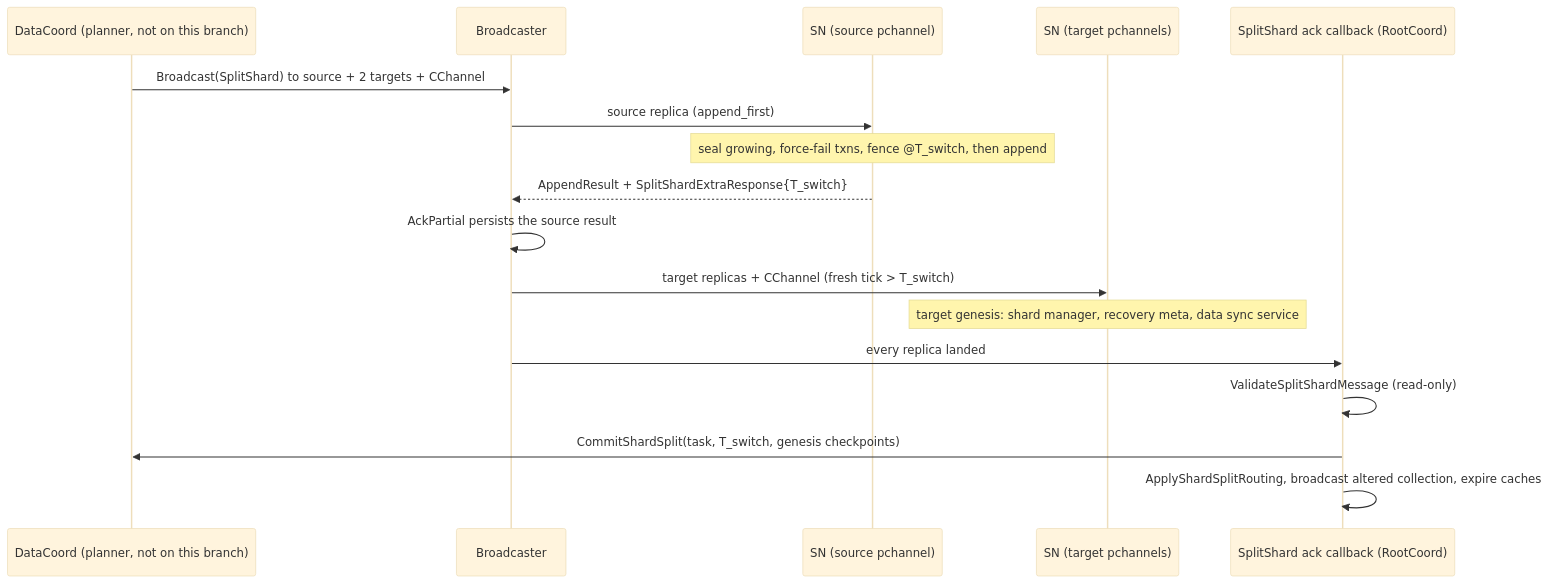
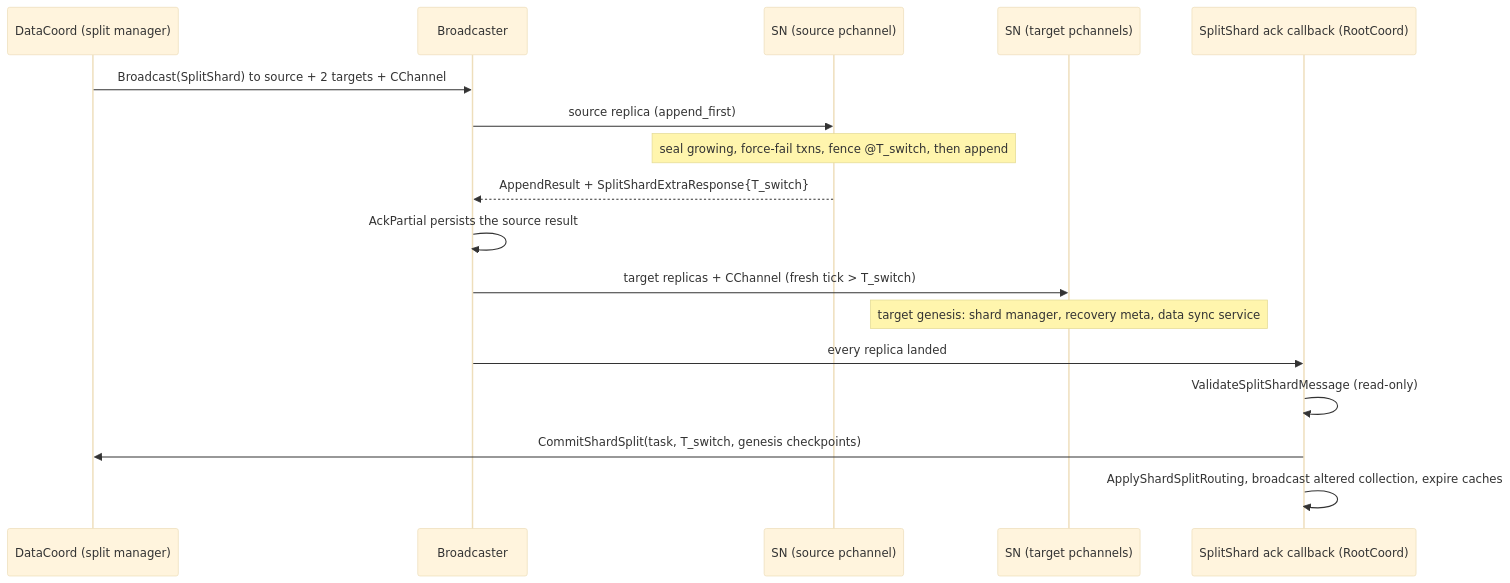
Before and after one commit to milvus-io/milvus: the second of 4 diagrams in docs/design-docs/design_docs/20260610-shard_split.md, drawn with Mermaid (base theme). The commit also changed other lines of this file, not shown here.

First line of the commit message:
doc: bring shard split design doc in line with the final branch

````diff
--- a/docs/design-docs/design_docs/20260610-shard_split.md
+++ b/docs/design-docs/design_docs/20260610-shard_split.md
@@ -710,19 +825,19 @@
 ```mermaid
 sequenceDiagram
-    participant DC as DataCoord (planner, not on this branch)
+    participant DC as DataCoord (split manager)
     participant BC as Broadcaster
     participant SN0 as SN (source pchannel)
     participant SNT as SN (target pchannels)
     participant CB as SplitShard ack callback (RootCoord)
     DC->>BC: Broadcast(SplitShard) to source + 2 targets + CChannel
     BC->>SN0: source replica (append_first)
     Note over SN0: seal growing, force-fail txns, fence @T_switch, then append
     SN0-->>BC: AppendResult + SplitShardExtraResponse{T_switch}
     BC->>BC: AckPartial persists the source result
     BC->>SNT: target replicas + CChannel (fresh tick > T_switch)
     Note over SNT: target genesis: shard manager, recovery meta, data sync service
     BC->>CB: every replica landed
     CB->>CB: ValidateSplitShardMessage (read-only)
     CB->>DC: CommitShardSplit(task, T_switch, genesis checkpoints)
     CB->>CB: ApplyShardSplitRouting, broadcast altered collection, expire caches
 ```
````
